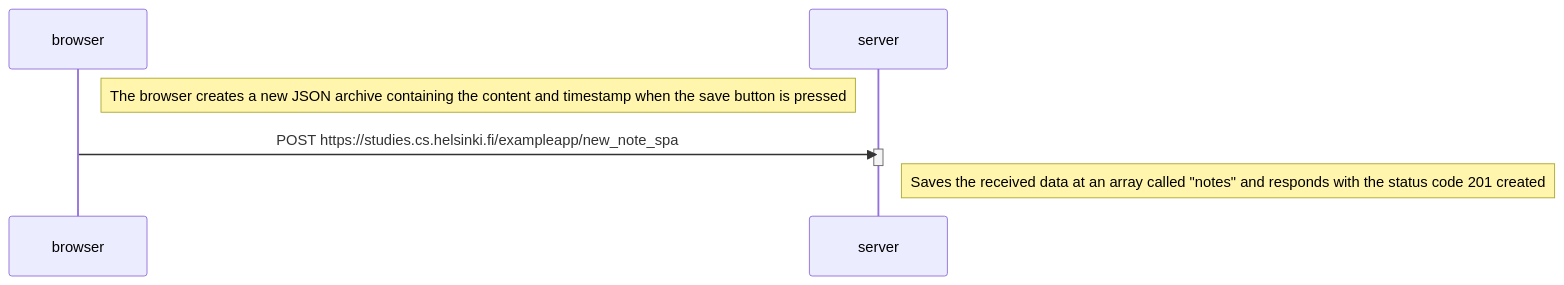
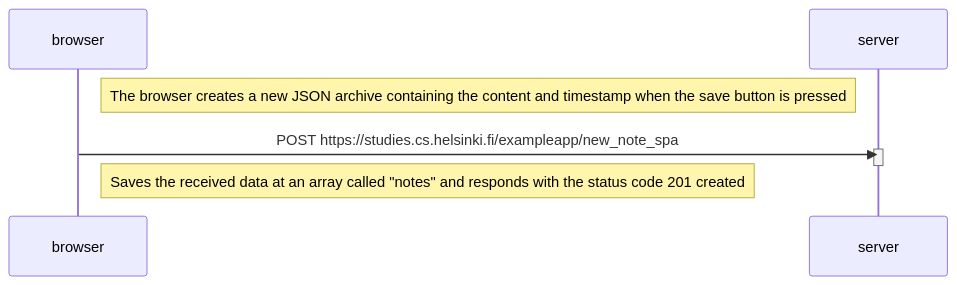
Before and after one commit to waltergabriel85/Fullstack-Course: the diagram in Part_0/Exercise_0.6.md, drawn with Mermaid.

````diff
--- a/Part_0/Exercise_0.6.md
+++ b/Part_0/Exercise_0.6.md
@@ -2,13 +2,13 @@
 ```mermaid
 sequenceDiagram
     participant browser
     participant server
 
     Note right of browser: The browser creates a new JSON archive containing the content and timestamp when the save button is pressed
 
     browser->>server: POST https://studies.cs.helsinki.fi/exampleapp/new_note_spa
     activate server
     deactivate server
 
-    Note right of server: Saves the received data at an array called "notes" and responds with the status code 201 created
+    Note right of browser: Saves the received data at an array called "notes" and responds with the status code 201 created
 ```
````
